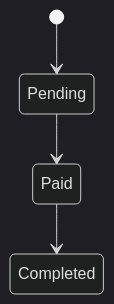
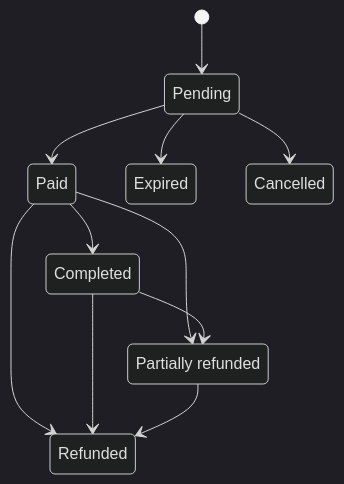
Before and after one commit to kreativesahara/ticket: the fifth of 7 diagrams in v1.md, drawn with Mermaid (dark theme). The commit also changed other lines of this file and 7 other files, not shown here.

Commit message:
refactor: update architecture and prompt specs for single Next.js frontend repository structure

````diff
--- a/v1.md
+++ b/v1.md
@@ -452,6 +491,14 @@
 ```mermaid
 stateDiagram-v2
+    PartiallyRefunded : Partially refunded
     [*] --> Pending
     Pending --> Paid
+    Pending --> Expired
+    Pending --> Cancelled
     Paid --> Completed
+    Paid --> PartiallyRefunded
+    Paid --> Refunded
+    Completed --> PartiallyRefunded
+    Completed --> Refunded
+    PartiallyRefunded --> Refunded
 ```
````
